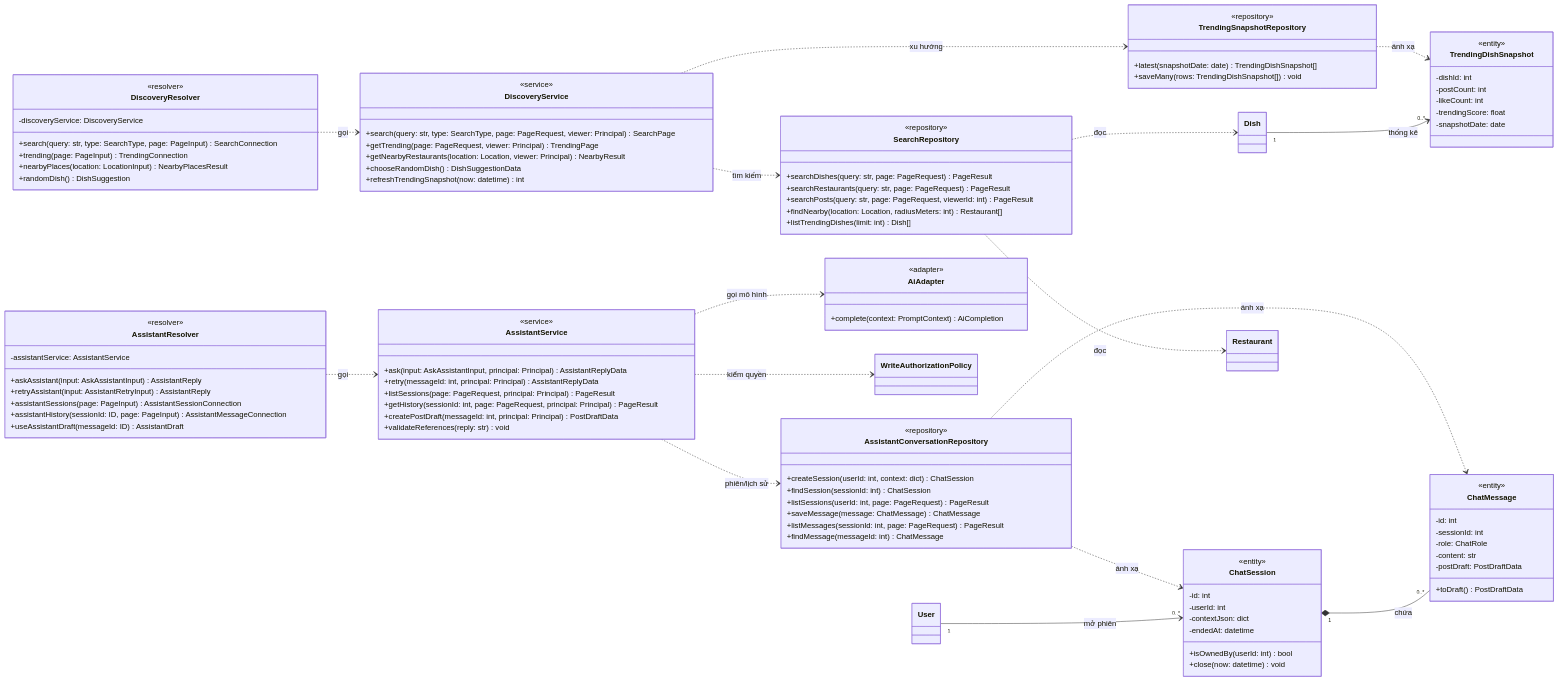
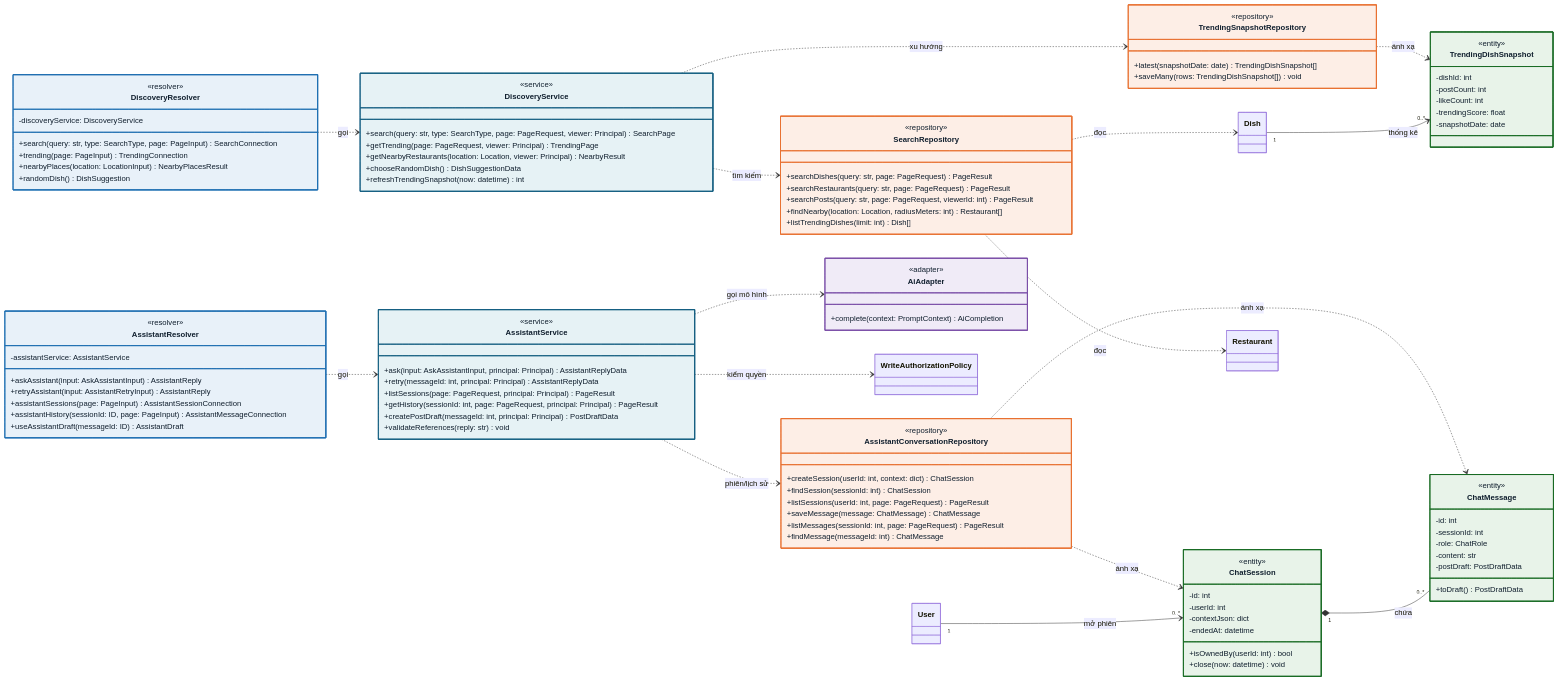
Before and after one commit to anqp5002/ToMateTo: the fifth of 6 diagrams in docs/thiet_ke/6.1-A_class_diagrams_backend.md, drawn with Mermaid. The commit also changed other lines of this file, not shown here.

First line of the commit message:
docs(be): to mau theo tang cho so do lop 6.1-A va dong bo ky hieu o muc 1.4

````diff
--- a/docs/thiet_ke/6.1-A_class_diagrams_backend.md
+++ b/docs/thiet_ke/6.1-A_class_diagrams_backend.md
@@ -792,4 +865,21 @@
     ChatSession "1" *-- "0..*" ChatMessage : chứa
     User "1" --> "0..*" ChatSession : mở phiên
     Dish "1" --> "0..*" TrendingDishSnapshot : thống kê
+    %% Mau theo nhom vai tro — xem §1.4
+    class DiscoveryResolver:::pres
+    class AssistantResolver:::pres
+    class DiscoveryService:::bus
+    class AssistantService:::bus
+    class SearchRepository:::data
+    class TrendingSnapshotRepository:::data
+    class AssistantConversationRepository:::data
+    class ChatSession:::dom
+    class ChatMessage:::dom
+    class TrendingDishSnapshot:::dom
+    class AiAdapter:::ext
+    classDef pres fill:#E8F1F9,stroke:#1F6FB2,stroke-width:2px,color:#101F2E
+    classDef bus fill:#E6F2F5,stroke:#156082,stroke-width:2px,color:#101F2E
+    classDef data fill:#FDEEE6,stroke:#E97132,stroke-width:2px,color:#101F2E
+    classDef dom fill:#E8F3E9,stroke:#196B24,stroke-width:2px,color:#101F2E
+    classDef ext fill:#F0EBF7,stroke:#7B4FA8,stroke-width:2px,color:#101F2E
 ```
````
